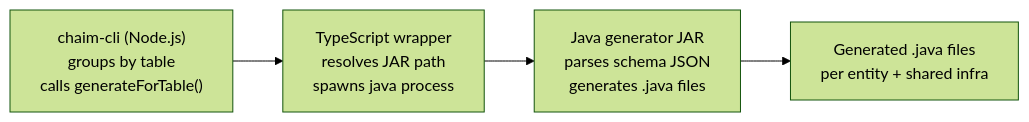
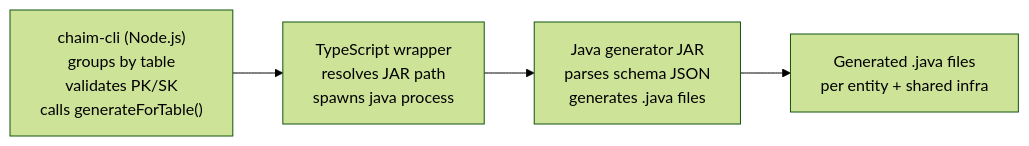
The diagram in CHAIM_CONTEXT.md (chaim-tools/chaim-client-java), drawn with Mermaid (forest theme) before and after one commit. The commit also changed other lines of this file and 3 other files, not shown here.

First line of the commit message:
refactor: use schema-defined keys instead of invented pk/sk fields

````diff
--- a/CHAIM_CONTEXT.md
+++ b/CHAIM_CONTEXT.md
@@ -48,9 +110,9 @@
 ```mermaid
 flowchart LR
-    CLI["chaim-cli (Node.js)<br/>groups by table<br/>calls generateForTable()"]
+    CLI["chaim-cli (Node.js)<br/>groups by table<br/>validates PK/SK<br/>calls generateForTable()"]
     TS["TypeScript wrapper<br/>resolves JAR path<br/>spawns java process"]
     JAR["Java generator JAR<br/>parses schema JSON<br/>generates .java files"]
     OUT["Generated .java files<br/>per entity + shared infra"]
 
     CLI --> TS --> JAR --> OUT
 ```
````
